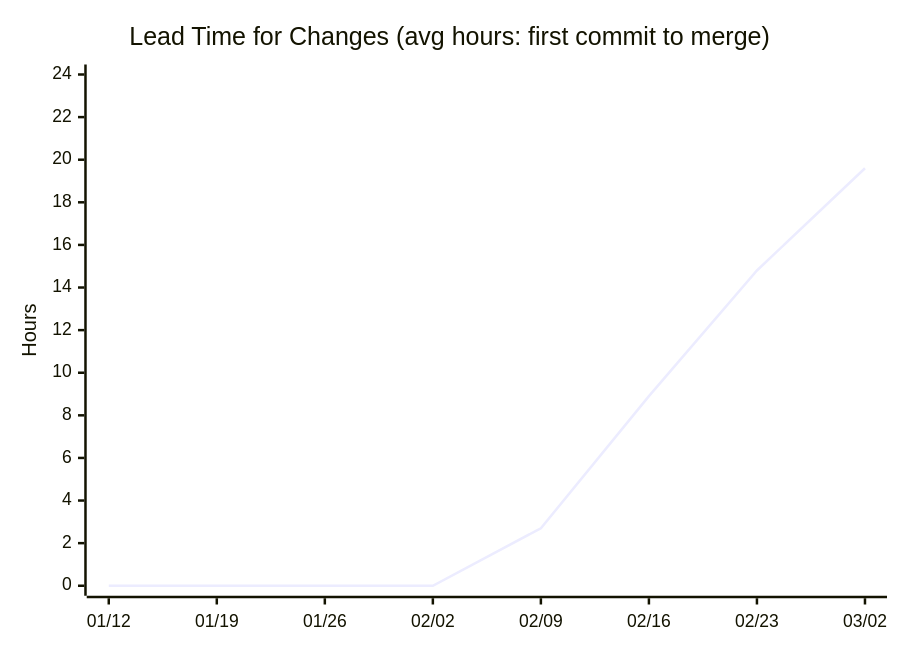
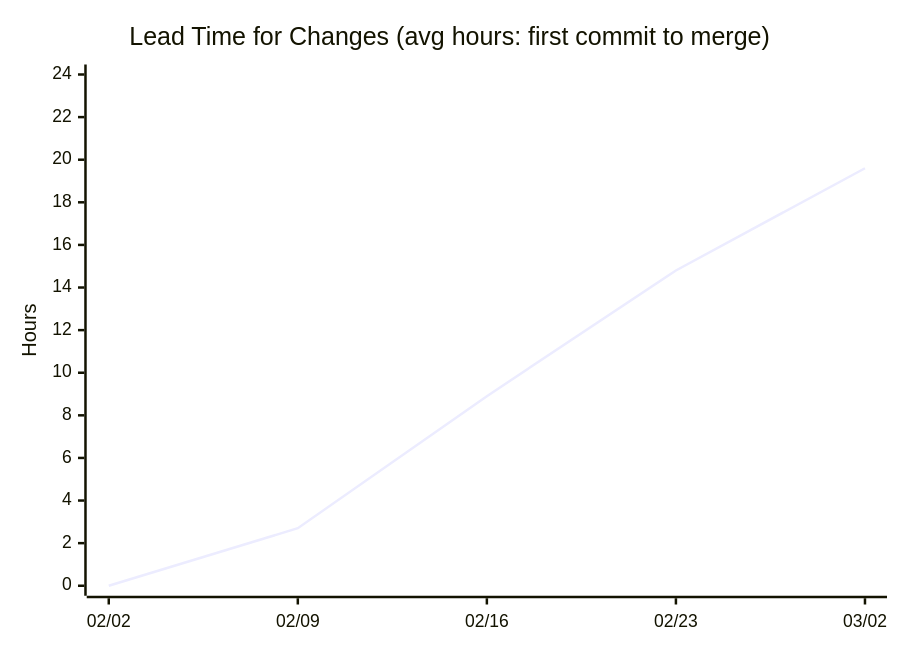
Before and after one commit to nablarch/nabledge-dev: the second of 13 diagrams in docs/metrics.md, drawn with Mermaid. The commit also changed other lines of this file and 2 other files, not shown here.

First line of the commit message:
feat: simplify DORA scorecard table and start charts from first commit

````diff
--- a/docs/metrics.md
+++ b/docs/metrics.md
@@ -32,7 +33,7 @@
 ```mermaid
 xychart-beta
   title "Lead Time for Changes (avg hours: first commit to merge)"
-  x-axis ["01/12", "01/19", "01/26", "02/02", "02/09", "02/16", "02/23", "03/02"]
+  x-axis ["02/02", "02/09", "02/16", "02/23", "03/02"]
   y-axis "Hours" 0 --> 24
-  line [0, 0, 0, 0, 2.7, 8.9, 14.8, 19.6]
+  line [0, 2.7, 8.9, 14.8, 19.6]
 ```
````
